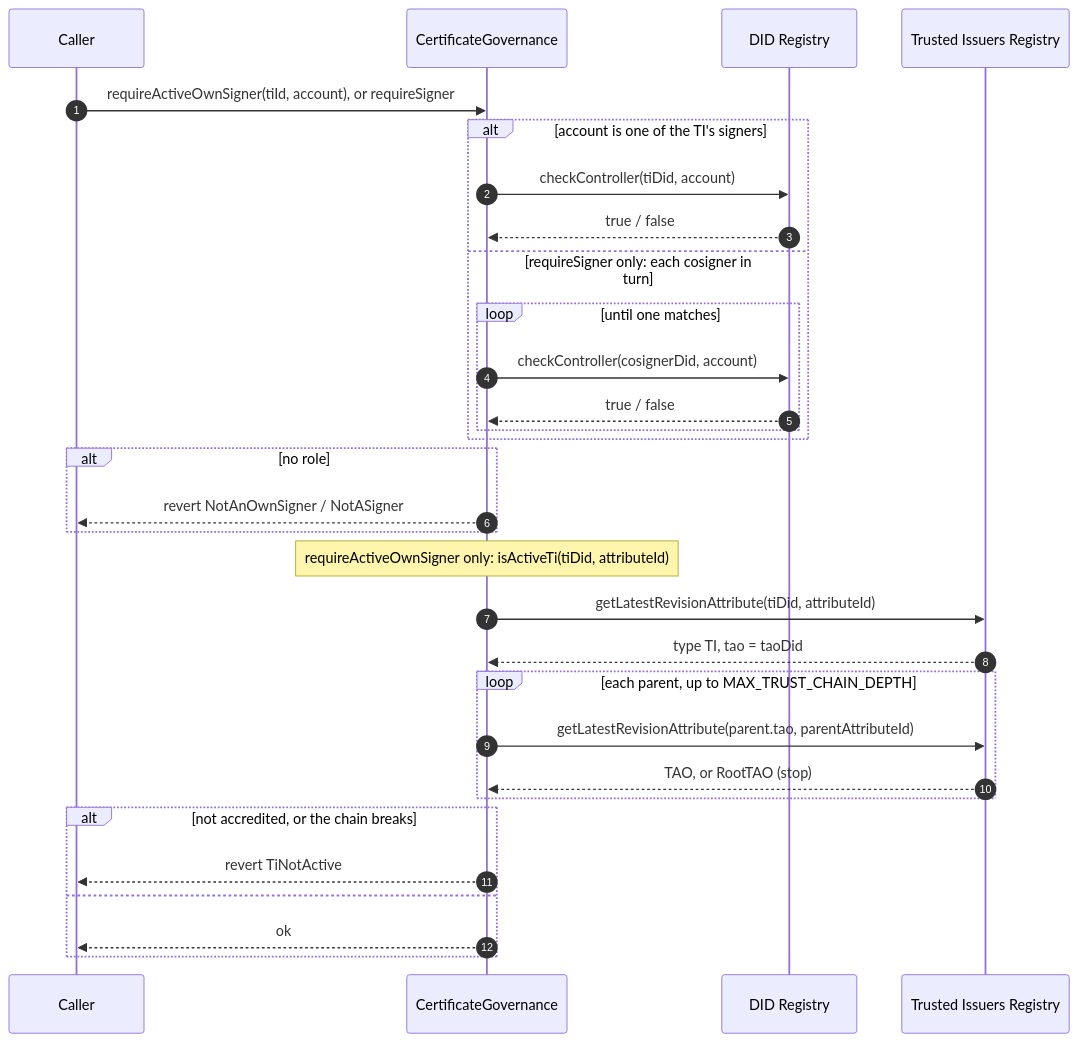
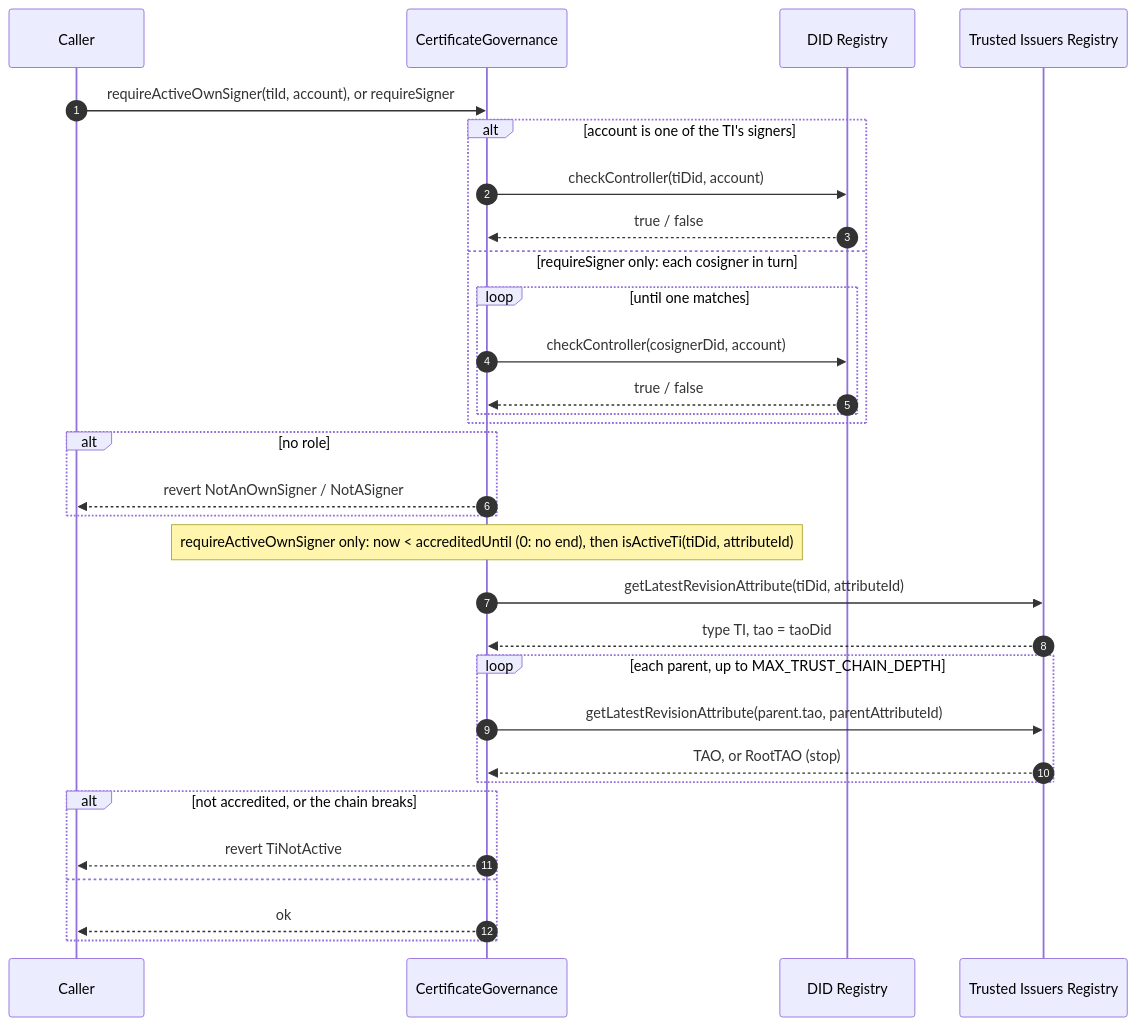
Before and after one commit to fiit-ba/ebsi-licences-for-cybersecurity-managers: the first of 9 diagrams in contracts/docs/sequence-diagrams.md, drawn with Mermaid. The commit also changed other lines of this file and 23 other files, not shown here.

Commit message:
fix: End a TI's accreditation on chain at the accreditedUntil date the TAO sets

````diff
--- a/contracts/docs/sequence-diagrams.md
+++ b/contracts/docs/sequence-diagrams.md
@@ -40,34 +40,34 @@
 ```mermaid
 sequenceDiagram
     autonumber
     participant C as Caller
     participant G as CertificateGovernance
     participant D as DID Registry
     participant T as Trusted Issuers Registry
 
     C->>G: requireActiveOwnSigner(tiId, account), or requireSigner
     alt account is one of the TI's signers
         G->>D: checkController(tiDid, account)
         D-->>G: true / false
     else requireSigner only: each cosigner in turn
         loop until one matches
             G->>D: checkController(cosignerDid, account)
             D-->>G: true / false
         end
     end
     alt no role
         G-->>C: revert NotAnOwnSigner / NotASigner
     end
-    Note over G: requireActiveOwnSigner only: isActiveTi(tiDid, attributeId)
+    Note over G: requireActiveOwnSigner only: now < accreditedUntil (0: no end), then isActiveTi(tiDid, attributeId)
     G->>T: getLatestRevisionAttribute(tiDid, attributeId)
     T-->>G: type TI, tao = taoDid
     loop each parent, up to MAX_TRUST_CHAIN_DEPTH
         G->>T: getLatestRevisionAttribute(parent.tao, parentAttributeId)
         T-->>G: TAO, or RootTAO (stop)
     end
     alt not accredited, or the chain breaks
         G-->>C: revert TiNotActive
     else
         G-->>C: ok
     end
 ```
````
